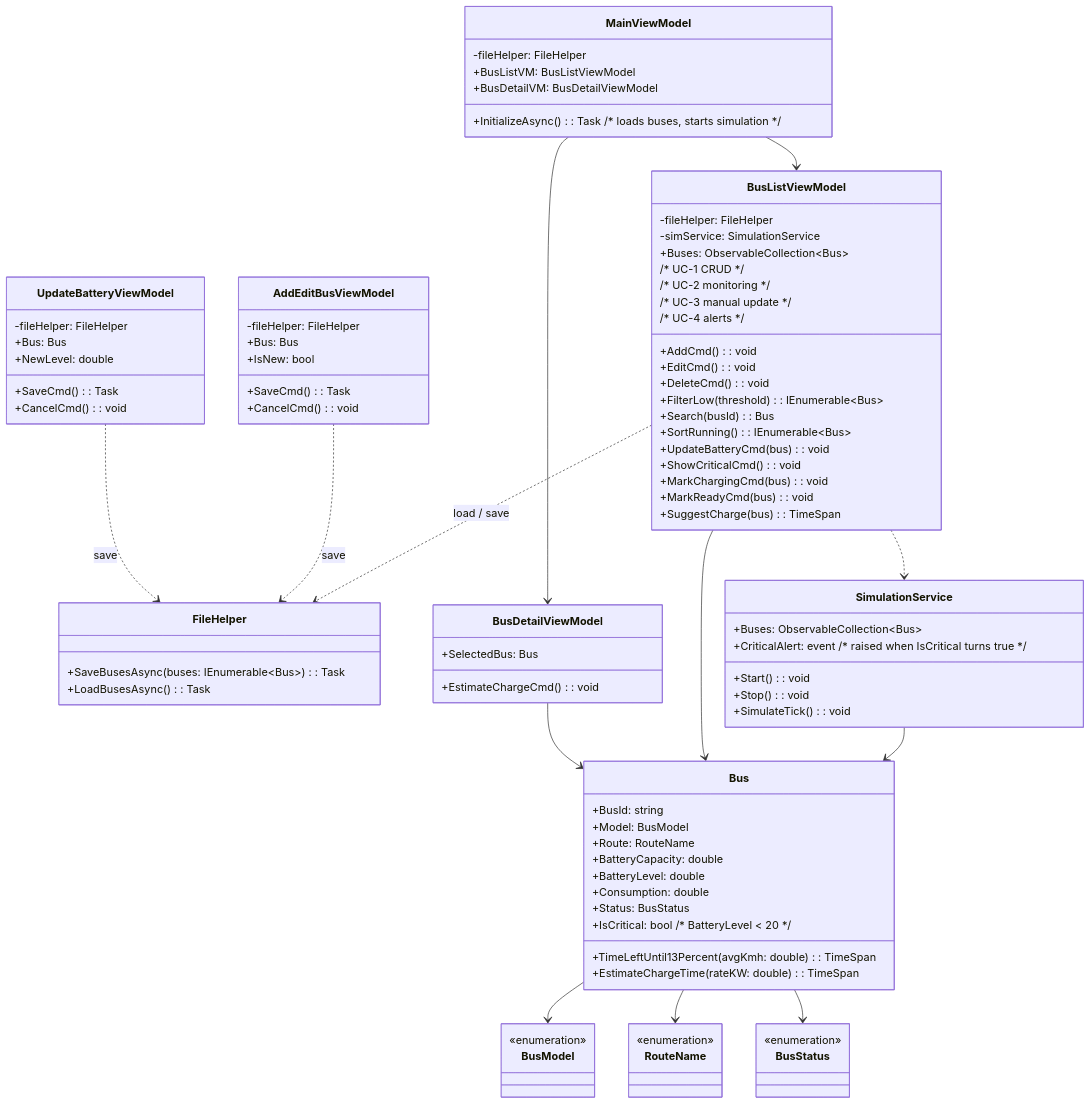
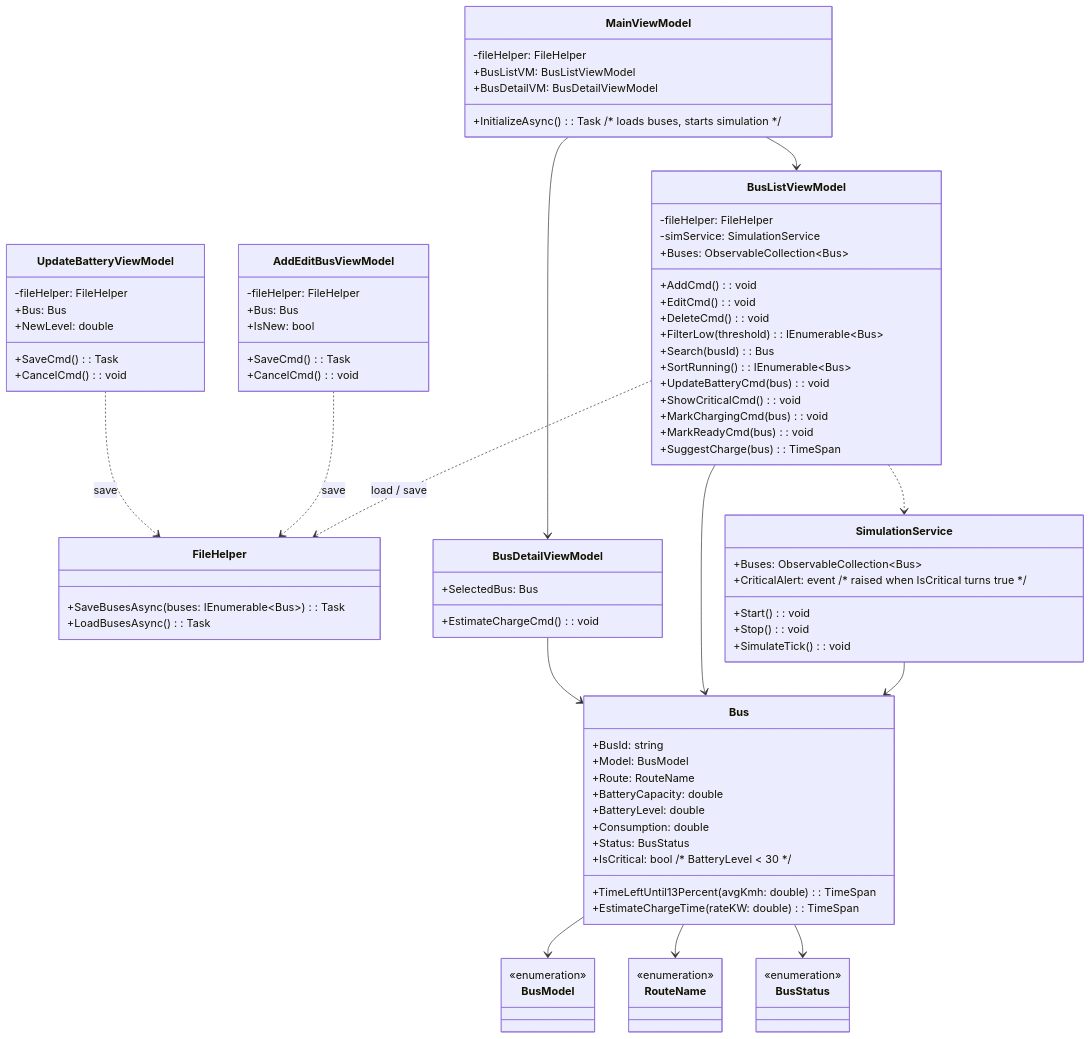
One commit to DMOof2025-Team-6/Getting-Real changed the diagram in Dokumentation/Iteration 3/Use case 1-2-3-4/DCD.mmd. Above: the diagram before and after it, drawn with Mermaid. The commit also changed 5 other files, not shown here.

```diff
--- a/Dokumentation/Iteration 3/Use case 1-2-3-4/DCD.mmd
+++ b/Dokumentation/Iteration 3/Use case 1-2-3-4/DCD.mmd
@@ -1,99 +1,95 @@
 classDiagram
 %% ------------- DOMAIN -------------
 class Bus {
     +BusId: string
     +Model: BusModel
     +Route: RouteName
     +BatteryCapacity: double
     +BatteryLevel: double
     +Consumption: double
     +Status: BusStatus
-    +IsCritical: bool                      /* BatteryLevel < 20 */
+    +IsCritical: bool                      /* BatteryLevel < 30 */
     +TimeLeftUntil13Percent(avgKmh: double): TimeSpan
     +EstimateChargeTime(rateKW: double): TimeSpan
 }
  
 class BusModel   { <<enumeration>> }
 class RouteName  { <<enumeration>> }
 class BusStatus  { <<enumeration>> }
 Bus --> BusModel
 Bus --> RouteName
 Bus --> BusStatus
  
 %% ------------- FILE I/O -------------
 class FileHelper {
     +SaveBusesAsync(buses: IEnumerable~Bus~): Task
     +LoadBusesAsync(): Task<List~Bus~>
 }
  
 %% ------------- SERVICE -------------
 class SimulationService {
     +Buses: ObservableCollection~Bus~
     +Start(): void
     +Stop(): void
     +SimulateTick(): void
     +CriticalAlert: event                 /* raised when IsCritical turns true */
 }
 SimulationService --> Bus
  
 %% ------------- VIEW-MODELS -------------
 class BusListViewModel {
     -fileHelper: FileHelper
     -simService: SimulationService
     +Buses: ObservableCollection~Bus~
-    /* UC-1 CRUD */
     +AddCmd(): void
     +EditCmd(): void
-    +DeleteCmd(): void
-    /* UC-2 monitoring */
+    +DeleteCmd(): void    
     +FilterLow(threshold): IEnumerable~Bus~
     +Search(busId): Bus
-    +SortRunning(): IEnumerable~Bus~
-    /* UC-3 manual update */
-    +UpdateBatteryCmd(bus): void
-    /* UC-4 alerts */
+    +SortRunning(): IEnumerable~Bus~    
+    +UpdateBatteryCmd(bus): void    
     +ShowCriticalCmd(): void
     +MarkChargingCmd(bus): void
     +MarkReadyCmd(bus): void
     +SuggestCharge(bus): TimeSpan
 }
  
 class AddEditBusViewModel {
     -fileHelper: FileHelper
     +Bus: Bus
     +IsNew: bool
     +SaveCmd(): Task
     +CancelCmd(): void
 }
  
 class UpdateBatteryViewModel {
     -fileHelper: FileHelper
     +Bus: Bus
     +NewLevel: double
     +SaveCmd(): Task
     +CancelCmd(): void
 }
  
 class BusDetailViewModel {
     +SelectedBus: Bus
     +EstimateChargeCmd(): void
 }
  
 class MainViewModel {
     -fileHelper: FileHelper
     +BusListVM: BusListViewModel
     +BusDetailVM: BusDetailViewModel
     +InitializeAsync(): Task              /* loads buses, starts simulation */
 }
  
 %% ------------- RELATIONS -------------
 MainViewModel --> BusListViewModel
 MainViewModel --> BusDetailViewModel
  
 BusListViewModel ..> FileHelper          : load / save
 BusListViewModel ..> SimulationService
 AddEditBusViewModel ..> FileHelper       : save
 UpdateBatteryViewModel ..> FileHelper    : save
  
 BusListViewModel --> Bus
 BusDetailViewModel --> Bus
```
